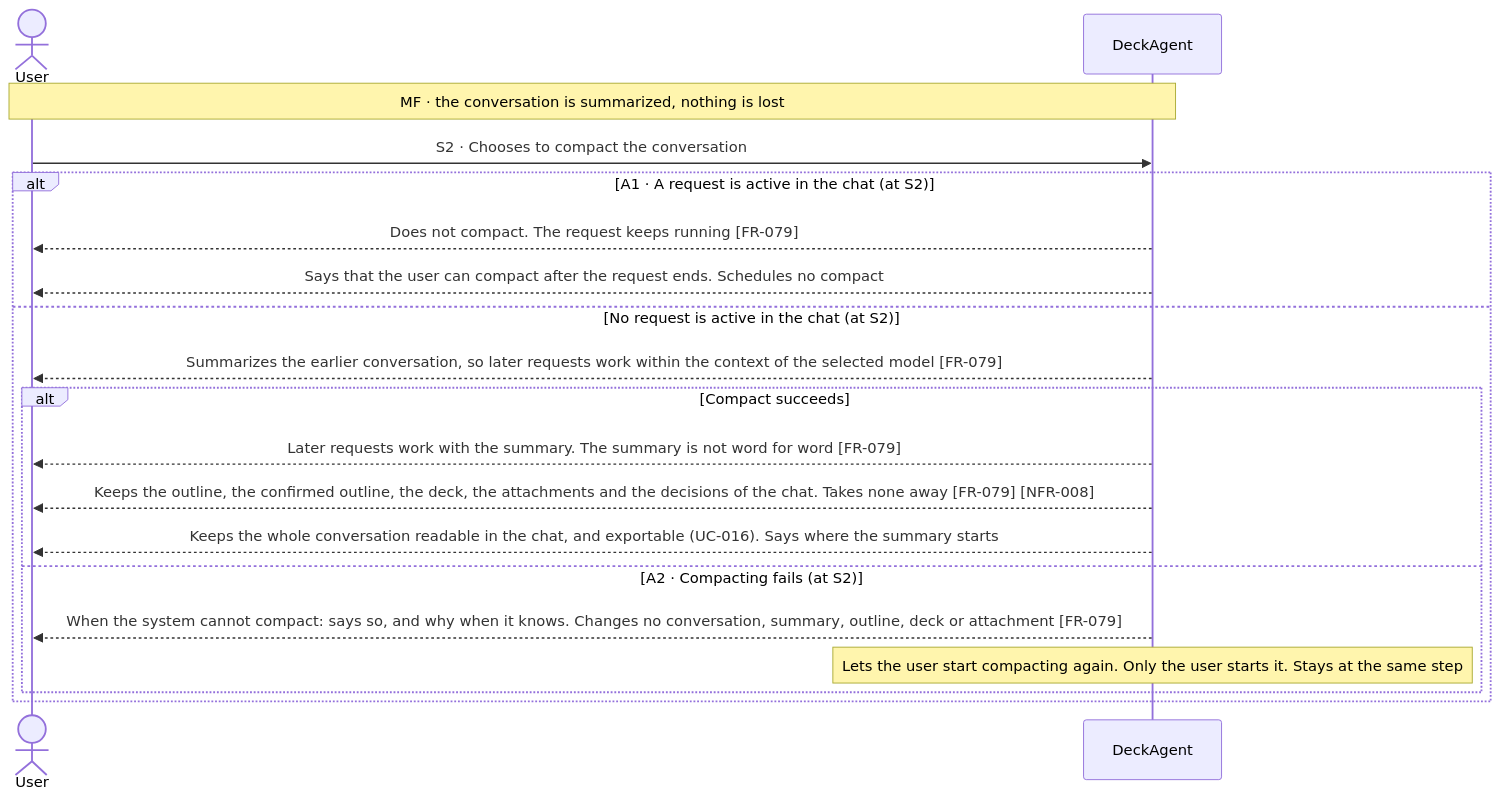
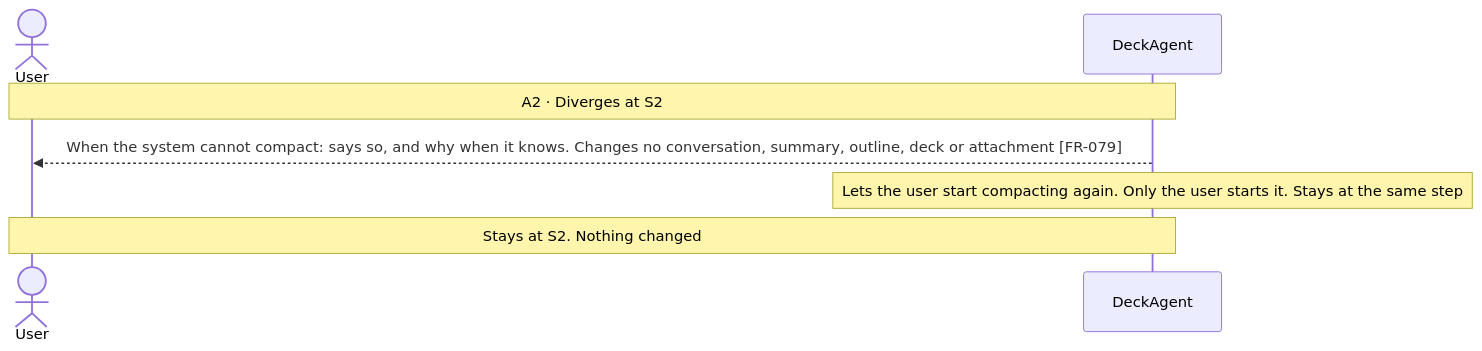
The third of 3 diagrams in docs/spec/03-use-cases/UC-015.md (Luke23127006/DeckAgent), drawn with Mermaid before and after one commit. The commit also changed other lines of this file and 25 other files, not shown here.

Commit message:
docs(spec): restructure use cases with main flow first

````diff
--- a/docs/spec/03-use-cases/UC-015.md
+++ b/docs/spec/03-use-cases/UC-015.md
@@ -52,21 +71,9 @@
 ```mermaid
 sequenceDiagram
     actor User
     participant DeckAgent
-    Note over User,DeckAgent: MF · the conversation is summarized, nothing is lost
-    User->>DeckAgent: S2 · Chooses to compact the conversation
-    alt A1 · A request is active in the chat (at S2)
-        DeckAgent-->>User: Does not compact. The request keeps running [FR-079]
-        DeckAgent-->>User: Says that the user can compact after the request ends. Schedules no compact
-    else No request is active in the chat (at S2)
-        DeckAgent-->>User: Summarizes the earlier conversation, so later requests work within the context of the selected model [FR-079]
-        alt Compact succeeds
-            DeckAgent-->>User: Later requests work with the summary. The summary is not word for word [FR-079]
-            DeckAgent-->>User: Keeps the outline, the confirmed outline, the deck, the attachments and the decisions of the chat. Takes none away [FR-079] [NFR-008]
-            DeckAgent-->>User: Keeps the whole conversation readable in the chat, and exportable (UC-016). Says where the summary starts
-        else A2 · Compacting fails (at S2)
-            DeckAgent-->>User: When the system cannot compact: says so, and why when it knows. Changes no conversation, summary, outline, deck or attachment [FR-079]
-            note over DeckAgent: Lets the user start compacting again. Only the user starts it. Stays at the same step
-        end
-    end
+    Note over User,DeckAgent: A2 · Diverges at S2
+    DeckAgent-->>User: When the system cannot compact: says so, and why when it knows. Changes no conversation, summary, outline, deck or attachment [FR-079]
+    note over DeckAgent: Lets the user start compacting again. Only the user starts it. Stays at the same step
+    Note over User,DeckAgent: Stays at S2. Nothing changed
 ```
````
